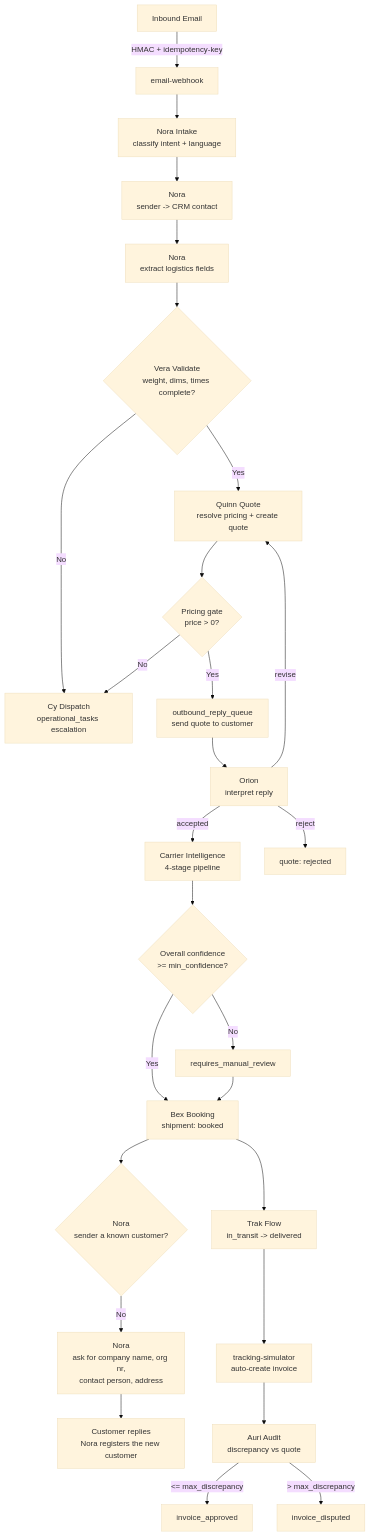
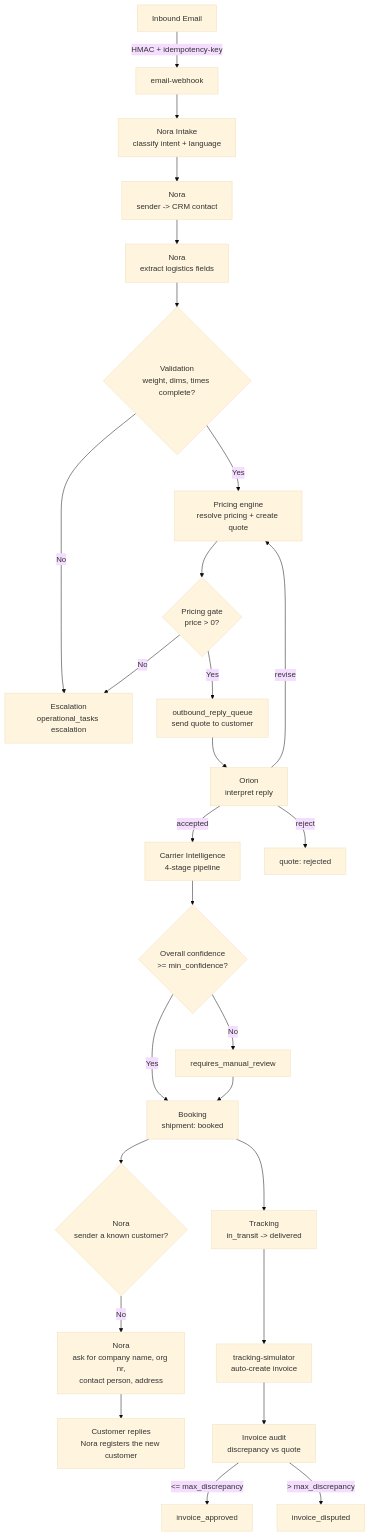
The diagram in docs/source-flowchart.mmd (adamalgorf/Qinora_AI), drawn with Mermaid (base theme) before and after one commit. The commit also changed 6 other files, not shown here.

```diff
--- a/docs/source-flowchart.mmd
+++ b/docs/source-flowchart.mmd
@@ -1,27 +1,27 @@
 flowchart TD
     A[Inbound Email] -->|HMAC + idempotency-key| B[email-webhook]
     B --> C[Nora Intake<br/>classify intent + language]
     C --> D[Nora<br/>sender -> CRM contact]
     D --> E[Nora<br/>extract logistics fields]
-    E --> F{Vera Validate<br/>weight, dims, times complete?}
-    F -- No --> G[Cy Dispatch<br/>operational_tasks escalation]
-    F -- Yes --> H[Quinn Quote<br/>resolve pricing + create quote]
+    E --> F{Validation<br/>weight, dims, times complete?}
+    F -- No --> G[Escalation<br/>operational_tasks escalation]
+    F -- Yes --> H[Pricing engine<br/>resolve pricing + create quote]
     H --> I{Pricing gate<br/>price > 0?}
     I -- No --> G
     I -- Yes --> J[outbound_reply_queue<br/>send quote to customer]
     J --> K[Orion<br/>interpret reply]
     K -- accepted --> L[Carrier Intelligence<br/>4-stage pipeline]
     K -- revise --> H
     K -- reject --> Z1[quote: rejected]
     L --> M{Overall confidence<br/>>= min_confidence?}
     M -- No --> N[requires_manual_review]
-    M -- Yes --> O[Bex Booking<br/>shipment: booked]
+    M -- Yes --> O[Booking<br/>shipment: booked]
     N --> O
-    O --> P[Trak Flow<br/>in_transit -> delivered]
+    O --> P[Tracking<br/>in_transit -> delivered]
     O --> U{Nora<br/>sender a known customer?}
     U -- No --> V[Nora<br/>ask for company name, org nr,<br/>contact person, address]
     V --> W[Customer replies<br/>Nora registers the new customer]
     P --> Q[tracking-simulator<br/>auto-create invoice]
-    Q --> R[Auri Audit<br/>discrepancy vs quote]
+    Q --> R[Invoice audit<br/>discrepancy vs quote]
     R -- <= max_discrepancy --> S[invoice_approved]
     R -- > max_discrepancy --> T[invoice_disputed]
```
